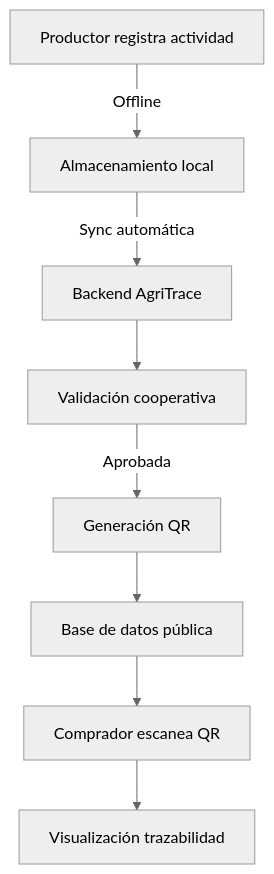
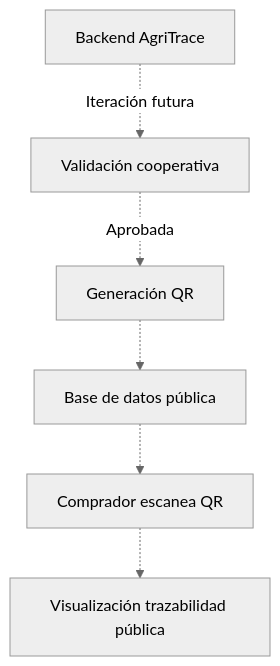
Before and after one commit to diegotrujillor/agritrace-docs: the second of 2 diagrams in 01-preparacion-mvp/04-diseno-ui-ux/03-mapas-recorrido-usuario/01-mapas-recorrido-usuario.md, drawn with Mermaid (neutral theme). The commit also changed other lines of this file and 4 other files, not shown here.

````diff
--- a/01-preparacion-mvp/04-diseno-ui-ux/03-mapas-recorrido-usuario/01-mapas-recorrido-usuario.md
+++ b/01-preparacion-mvp/04-diseno-ui-ux/03-mapas-recorrido-usuario/01-mapas-recorrido-usuario.md
@@ -413,11 +428,8 @@
 ```mermaid
 graph TD
-    A[Productor registra actividad] -->|Offline| B[Almacenamiento local]
-    B -->|Sync automática| C[Backend AgriTrace]
-    C --> D[Validación cooperativa]
-    D -->|Aprobada| E[Generación QR]
-    E --> F[Base de datos pública]
-    F --> G[Comprador escanea QR]
-    G --> H[Visualización trazabilidad]
-
+    C[Backend AgriTrace] -.->|Iteración futura| D[Validación cooperativa]
+    D -.->|Aprobada| G[Generación QR]
+    G -.-> H[Base de datos pública]
+    H -.-> I[Comprador escanea QR]
+    I -.-> J[Visualización trazabilidad pública]
 ```
````
